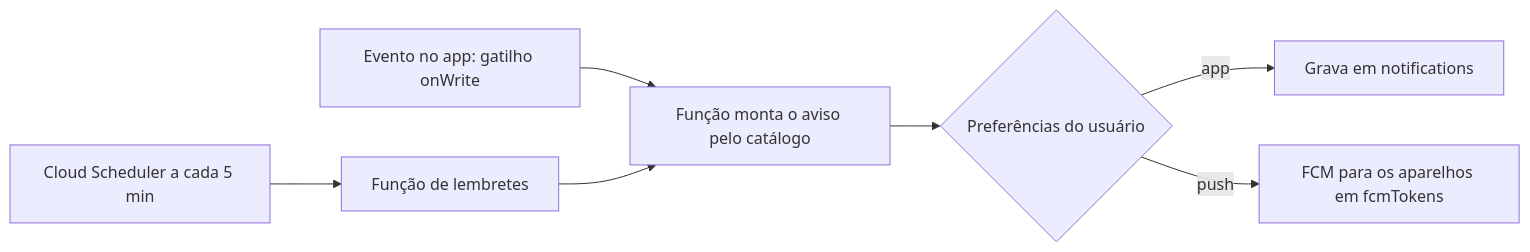
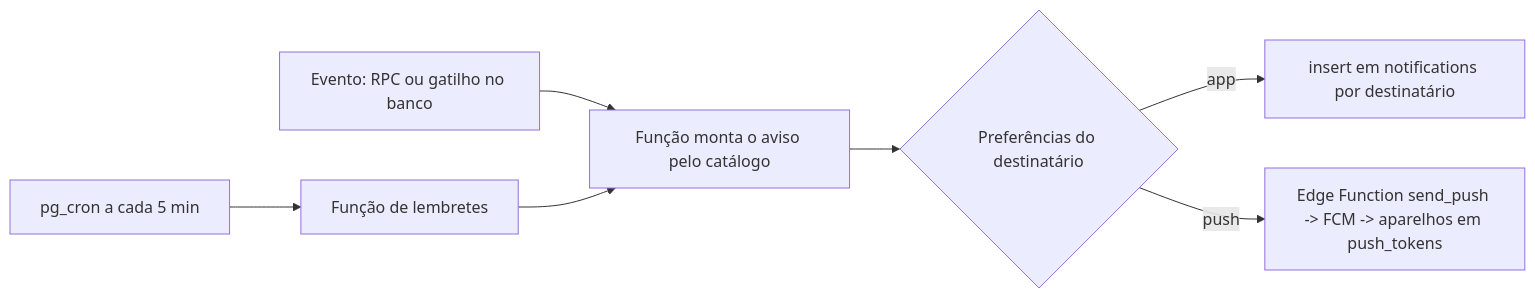
The seventh of 7 diagrams in docs/FLUXOS.md (prlogicsports-gif/estet-boost-app), drawn with Mermaid before and after one commit. The commit also changed other lines of this file and 10 other files, not shown here.

Commit message:
Docs: banco no Supabase (Postgres, Auth, Storage, RLS) e Firebase apenas para push

````diff
--- a/docs/FLUXOS.md
+++ b/docs/FLUXOS.md
@@ -154,9 +154,9 @@
 ```mermaid
 flowchart LR
-  E[Evento no app: gatilho onWrite] --> N[Função monta o aviso pelo catálogo]
-  S[Cloud Scheduler a cada 5 min] --> R[Função de lembretes]
+  E[Evento: RPC ou gatilho no banco] --> N[Função monta o aviso pelo catálogo]
+  S[pg_cron a cada 5 min] --> R[Função de lembretes]
   R --> N
-  N --> D{Preferências do usuário}
-  D -- app --> F[Grava em notifications]
-  D -- push --> P[FCM para os aparelhos em fcmTokens]
+  N --> D{Preferências do destinatário}
+  D -- app --> F[insert em notifications por destinatário]
+  D -- push --> P[Edge Function send_push -> FCM -> aparelhos em push_tokens]
 ```
````
